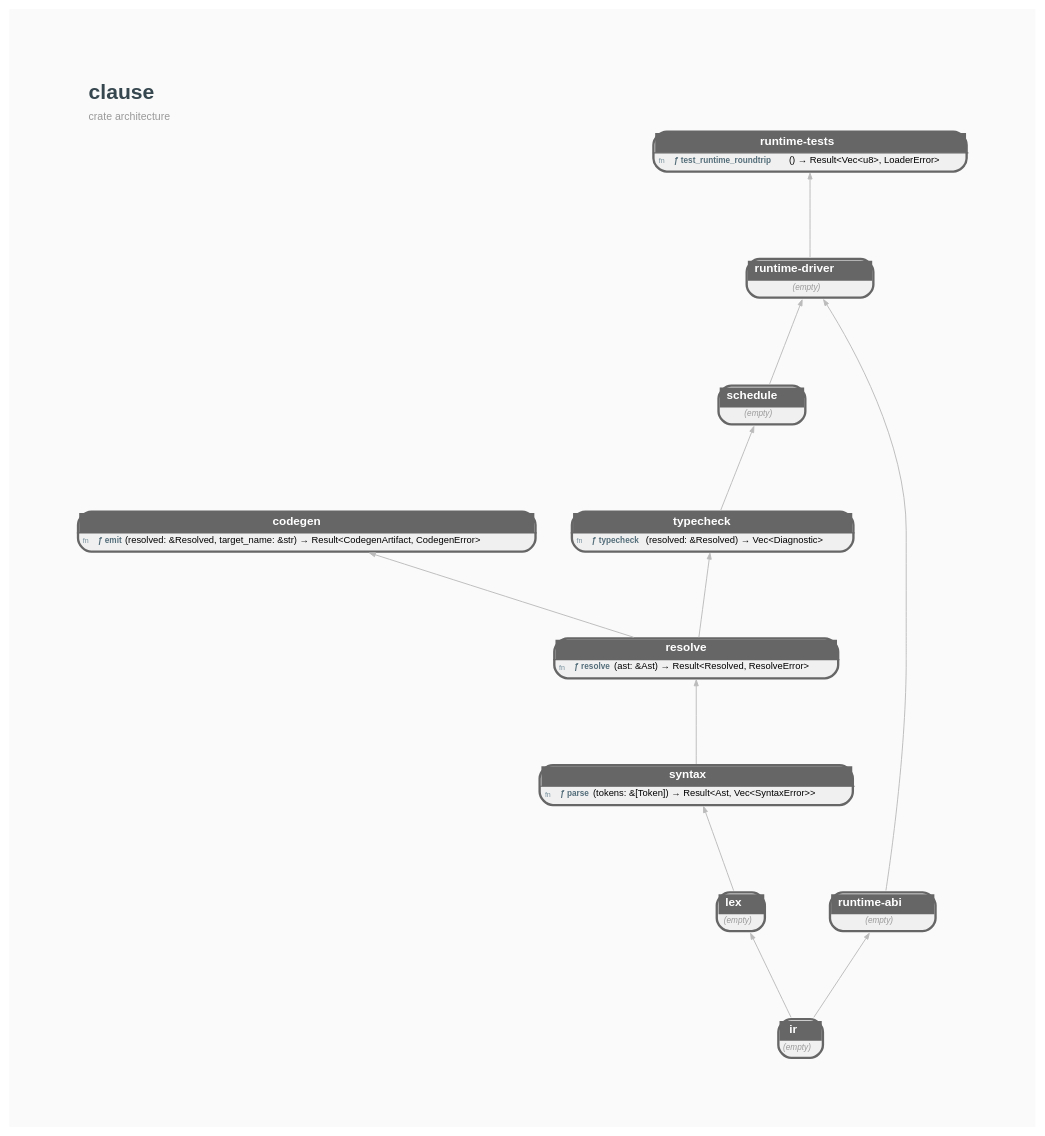
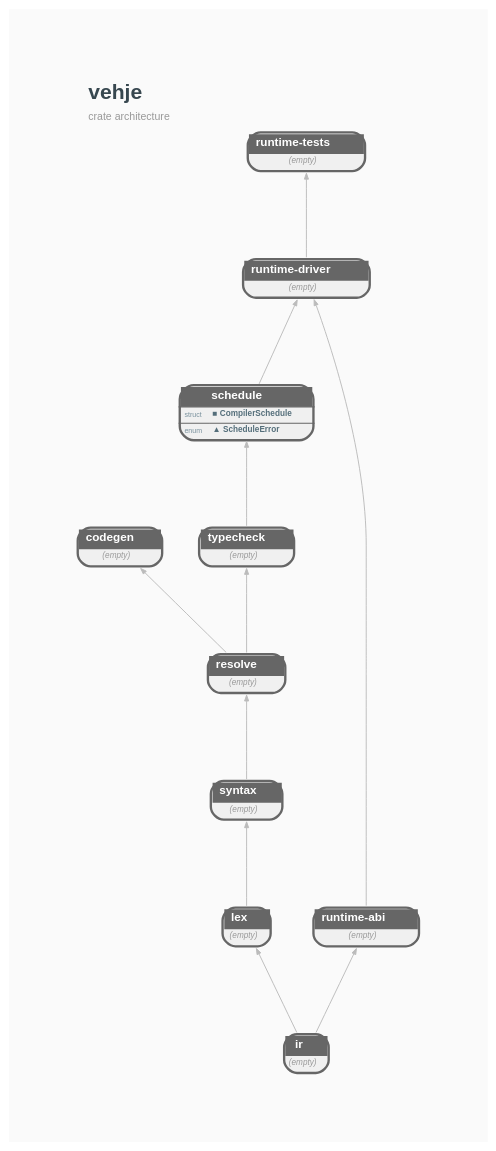
Before and after one commit to orgrinrt/vehje: the diagram in docs/mock_crate_deps.dot, drawn with Graphviz. The commit also changed 26 other files, not shown here.

```diff
--- a/docs/mock_crate_deps.dot
+++ b/docs/mock_crate_deps.dot
@@ -1,53 +1,53 @@
 // AUTO-GENERATED — DO NOT EDIT DIRECTLY
 //
 // Generated by: mockspace (mock)
-// Generated at: 2026-04-20T16:14:10Z
+// Generated at: 2026-04-25T06:55:23Z
 // Source: mock/
 // To regenerate: cargo mock
 
-digraph clause {
+digraph vehje {
     rankdir=BT;
     newrank=true;
     bgcolor="#FAFAFA";
     graph [fontname="Helvetica", fontsize=10, pad=0.8, nodesep=0.4, ranksep=1.0];
     node [fontname="Helvetica", fontsize=8];
     edge [fontname="Helvetica", fontsize=7, color="#BBBBBB", arrowsize=0.5, penwidth=0.8];
 
     labelloc=t;
     labeljust=l;
-    label=<<TABLE BORDER="0" CELLBORDER="0" CELLSPACING="0"><TR><TD ALIGN="LEFT"><FONT POINT-SIZE="18" COLOR="#37474F"><B>clause</B></FONT></TD></TR><TR><TD ALIGN="LEFT"><FONT POINT-SIZE="9" COLOR="#999999">crate architecture</FONT></TD></TR></TABLE>>;
+    label=<<TABLE BORDER="0" CELLBORDER="0" CELLSPACING="0"><TR><TD ALIGN="LEFT"><FONT POINT-SIZE="18" COLOR="#37474F"><B>vehje</B></FONT></TD></TR><TR><TD ALIGN="LEFT"><FONT POINT-SIZE="9" COLOR="#999999">crate architecture</FONT></TD></TR></TABLE>>;
 
-    clause_codegen [shape=none, margin=0, label=<<TABLE BORDER="2" CELLBORDER="0" CELLSPACING="0" CELLPADDING="3" BGCOLOR="#F0F0F0" COLOR="#666666" STYLE="ROUNDED"><TR><TD COLSPAN="2" BGCOLOR="#666666" ALIGN="CENTER"><FONT COLOR="white" POINT-SIZE="10"><B>  codegen  </B></FONT></TD></TR><HR/><TR><TD ALIGN="LEFT"><FONT COLOR="#78909C" POINT-SIZE="6">fn</FONT></TD><TD ALIGN="LEFT" PORT="p_emit"><FONT COLOR="#546E7A" POINT-SIZE="7"><B>ƒ emit</B></FONT>(resolved: &amp;Resolved, target_name: &amp;str) → Result&lt;CodegenArtifact, CodegenError&gt;</TD></TR></TABLE>>];
-    clause_ir [shape=none, margin=0, label=<<TABLE BORDER="2" CELLBORDER="0" CELLSPACING="0" CELLPADDING="3" BGCOLOR="#F0F0F0" COLOR="#666666" STYLE="ROUNDED"><TR><TD COLSPAN="2" BGCOLOR="#666666" ALIGN="CENTER"><FONT COLOR="white" POINT-SIZE="10"><B>  ir  </B></FONT></TD></TR><TR><TD COLSPAN="2"><FONT COLOR="#999999" POINT-SIZE="7"><I>(empty)</I></FONT></TD></TR></TABLE>>];
-    clause_lex [shape=none, margin=0, label=<<TABLE BORDER="2" CELLBORDER="0" CELLSPACING="0" CELLPADDING="3" BGCOLOR="#F0F0F0" COLOR="#666666" STYLE="ROUNDED"><TR><TD COLSPAN="2" BGCOLOR="#666666" ALIGN="CENTER"><FONT COLOR="white" POINT-SIZE="10"><B>  lex  </B></FONT></TD></TR><TR><TD COLSPAN="2"><FONT COLOR="#999999" POINT-SIZE="7"><I>(empty)</I></FONT></TD></TR></TABLE>>];
-    clause_resolve [shape=none, margin=0, label=<<TABLE BORDER="2" CELLBORDER="0" CELLSPACING="0" CELLPADDING="3" BGCOLOR="#F0F0F0" COLOR="#666666" STYLE="ROUNDED"><TR><TD COLSPAN="2" BGCOLOR="#666666" ALIGN="CENTER"><FONT COLOR="white" POINT-SIZE="10"><B>  resolve  </B></FONT></TD></TR><HR/><TR><TD ALIGN="LEFT"><FONT COLOR="#78909C" POINT-SIZE="6">fn</FONT></TD><TD ALIGN="LEFT" PORT="p_resolve"><FONT COLOR="#546E7A" POINT-SIZE="7"><B>ƒ resolve</B></FONT>(ast: &amp;Ast) → Result&lt;Resolved, ResolveError&gt;</TD></TR></TABLE>>];
-    clause_runtime_abi [shape=none, margin=0, label=<<TABLE BORDER="2" CELLBORDER="0" CELLSPACING="0" CELLPADDING="3" BGCOLOR="#F0F0F0" COLOR="#666666" STYLE="ROUNDED"><TR><TD COLSPAN="2" BGCOLOR="#666666" ALIGN="CENTER"><FONT COLOR="white" POINT-SIZE="10"><B>  runtime-abi  </B></FONT></TD></TR><TR><TD COLSPAN="2"><FONT COLOR="#999999" POINT-SIZE="7"><I>(empty)</I></FONT></TD></TR></TABLE>>];
-    clause_runtime_driver [shape=none, margin=0, label=<<TABLE BORDER="2" CELLBORDER="0" CELLSPACING="0" CELLPADDING="3" BGCOLOR="#F0F0F0" COLOR="#666666" STYLE="ROUNDED"><TR><TD COLSPAN="2" BGCOLOR="#666666" ALIGN="CENTER"><FONT COLOR="white" POINT-SIZE="10"><B>  runtime-driver  </B></FONT></TD></TR><TR><TD COLSPAN="2"><FONT COLOR="#999999" POINT-SIZE="7"><I>(empty)</I></FONT></TD></TR></TABLE>>];
-    clause_runtime_tests [shape=none, margin=0, label=<<TABLE BORDER="2" CELLBORDER="0" CELLSPACING="0" CELLPADDING="3" BGCOLOR="#F0F0F0" COLOR="#666666" STYLE="ROUNDED"><TR><TD COLSPAN="2" BGCOLOR="#666666" ALIGN="CENTER"><FONT COLOR="white" POINT-SIZE="10"><B>  runtime-tests  </B></FONT></TD></TR><HR/><TR><TD ALIGN="LEFT"><FONT COLOR="#78909C" POINT-SIZE="6">fn</FONT></TD><TD ALIGN="LEFT" PORT="p_test_runtime_roundtrip"><FONT COLOR="#546E7A" POINT-SIZE="7"><B>ƒ test_runtime_roundtrip</B></FONT>() → Result&lt;Vec&lt;u8&gt;, LoaderError&gt;</TD></TR></TABLE>>];
-    clause_schedule [shape=none, margin=0, label=<<TABLE BORDER="2" CELLBORDER="0" CELLSPACING="0" CELLPADDING="3" BGCOLOR="#F0F0F0" COLOR="#666666" STYLE="ROUNDED"><TR><TD COLSPAN="2" BGCOLOR="#666666" ALIGN="CENTER"><FONT COLOR="white" POINT-SIZE="10"><B>  schedule  </B></FONT></TD></TR><TR><TD COLSPAN="2"><FONT COLOR="#999999" POINT-SIZE="7"><I>(empty)</I></FONT></TD></TR></TABLE>>];
-    clause_syntax [shape=none, margin=0, label=<<TABLE BORDER="2" CELLBORDER="0" CELLSPACING="0" CELLPADDING="3" BGCOLOR="#F0F0F0" COLOR="#666666" STYLE="ROUNDED"><TR><TD COLSPAN="2" BGCOLOR="#666666" ALIGN="CENTER"><FONT COLOR="white" POINT-SIZE="10"><B>  syntax  </B></FONT></TD></TR><HR/><TR><TD ALIGN="LEFT"><FONT COLOR="#78909C" POINT-SIZE="6">fn</FONT></TD><TD ALIGN="LEFT" PORT="p_parse"><FONT COLOR="#546E7A" POINT-SIZE="7"><B>ƒ parse</B></FONT>(tokens: &amp;[Token]) → Result&lt;Ast, Vec&lt;SyntaxError&gt;&gt;</TD></TR></TABLE>>];
-    clause_typecheck [shape=none, margin=0, label=<<TABLE BORDER="2" CELLBORDER="0" CELLSPACING="0" CELLPADDING="3" BGCOLOR="#F0F0F0" COLOR="#666666" STYLE="ROUNDED"><TR><TD COLSPAN="2" BGCOLOR="#666666" ALIGN="CENTER"><FONT COLOR="white" POINT-SIZE="10"><B>  typecheck  </B></FONT></TD></TR><HR/><TR><TD ALIGN="LEFT"><FONT COLOR="#78909C" POINT-SIZE="6">fn</FONT></TD><TD ALIGN="LEFT" PORT="p_typecheck"><FONT COLOR="#546E7A" POINT-SIZE="7"><B>ƒ typecheck</B></FONT>(resolved: &amp;Resolved) → Vec&lt;Diagnostic&gt;</TD></TR></TABLE>>];
+    vehje_codegen [shape=none, margin=0, label=<<TABLE BORDER="2" CELLBORDER="0" CELLSPACING="0" CELLPADDING="3" BGCOLOR="#F0F0F0" COLOR="#666666" STYLE="ROUNDED"><TR><TD COLSPAN="2" BGCOLOR="#666666" ALIGN="CENTER"><FONT COLOR="white" POINT-SIZE="10"><B>  codegen  </B></FONT></TD></TR><TR><TD COLSPAN="2"><FONT COLOR="#999999" POINT-SIZE="7"><I>(empty)</I></FONT></TD></TR></TABLE>>];
+    vehje_ir [shape=none, margin=0, label=<<TABLE BORDER="2" CELLBORDER="0" CELLSPACING="0" CELLPADDING="3" BGCOLOR="#F0F0F0" COLOR="#666666" STYLE="ROUNDED"><TR><TD COLSPAN="2" BGCOLOR="#666666" ALIGN="CENTER"><FONT COLOR="white" POINT-SIZE="10"><B>  ir  </B></FONT></TD></TR><TR><TD COLSPAN="2"><FONT COLOR="#999999" POINT-SIZE="7"><I>(empty)</I></FONT></TD></TR></TABLE>>];
+    vehje_lex [shape=none, margin=0, label=<<TABLE BORDER="2" CELLBORDER="0" CELLSPACING="0" CELLPADDING="3" BGCOLOR="#F0F0F0" COLOR="#666666" STYLE="ROUNDED"><TR><TD COLSPAN="2" BGCOLOR="#666666" ALIGN="CENTER"><FONT COLOR="white" POINT-SIZE="10"><B>  lex  </B></FONT></TD></TR><TR><TD COLSPAN="2"><FONT COLOR="#999999" POINT-SIZE="7"><I>(empty)</I></FONT></TD></TR></TABLE>>];
+    vehje_resolve [shape=none, margin=0, label=<<TABLE BORDER="2" CELLBORDER="0" CELLSPACING="0" CELLPADDING="3" BGCOLOR="#F0F0F0" COLOR="#666666" STYLE="ROUNDED"><TR><TD COLSPAN="2" BGCOLOR="#666666" ALIGN="CENTER"><FONT COLOR="white" POINT-SIZE="10"><B>  resolve  </B></FONT></TD></TR><TR><TD COLSPAN="2"><FONT COLOR="#999999" POINT-SIZE="7"><I>(empty)</I></FONT></TD></TR></TABLE>>];
+    vehje_runtime_abi [shape=none, margin=0, label=<<TABLE BORDER="2" CELLBORDER="0" CELLSPACING="0" CELLPADDING="3" BGCOLOR="#F0F0F0" COLOR="#666666" STYLE="ROUNDED"><TR><TD COLSPAN="2" BGCOLOR="#666666" ALIGN="CENTER"><FONT COLOR="white" POINT-SIZE="10"><B>  runtime-abi  </B></FONT></TD></TR><TR><TD COLSPAN="2"><FONT COLOR="#999999" POINT-SIZE="7"><I>(empty)</I></FONT></TD></TR></TABLE>>];
+    vehje_runtime_driver [shape=none, margin=0, label=<<TABLE BORDER="2" CELLBORDER="0" CELLSPACING="0" CELLPADDING="3" BGCOLOR="#F0F0F0" COLOR="#666666" STYLE="ROUNDED"><TR><TD COLSPAN="2" BGCOLOR="#666666" ALIGN="CENTER"><FONT COLOR="white" POINT-SIZE="10"><B>  runtime-driver  </B></FONT></TD></TR><TR><TD COLSPAN="2"><FONT COLOR="#999999" POINT-SIZE="7"><I>(empty)</I></FONT></TD></TR></TABLE>>];
+    vehje_runtime_tests [shape=none, margin=0, label=<<TABLE BORDER="2" CELLBORDER="0" CELLSPACING="0" CELLPADDING="3" BGCOLOR="#F0F0F0" COLOR="#666666" STYLE="ROUNDED"><TR><TD COLSPAN="2" BGCOLOR="#666666" ALIGN="CENTER"><FONT COLOR="white" POINT-SIZE="10"><B>  runtime-tests  </B></FONT></TD></TR><TR><TD COLSPAN="2"><FONT COLOR="#999999" POINT-SIZE="7"><I>(empty)</I></FONT></TD></TR></TABLE>>];
+    vehje_schedule [shape=none, margin=0, label=<<TABLE BORDER="2" CELLBORDER="0" CELLSPACING="0" CELLPADDING="3" BGCOLOR="#F0F0F0" COLOR="#666666" STYLE="ROUNDED"><TR><TD COLSPAN="2" BGCOLOR="#666666" ALIGN="CENTER"><FONT COLOR="white" POINT-SIZE="10"><B>  schedule  </B></FONT></TD></TR><HR/><TR><TD ALIGN="LEFT"><FONT COLOR="#78909C" POINT-SIZE="6">struct</FONT></TD><TD ALIGN="LEFT" PORT="p_CompilerSchedule"><FONT COLOR="#546E7A" POINT-SIZE="7"><B>■ CompilerSchedule</B></FONT></TD></TR><HR/><TR><TD ALIGN="LEFT"><FONT COLOR="#78909C" POINT-SIZE="6">enum</FONT></TD><TD ALIGN="LEFT" PORT="p_ScheduleError"><FONT COLOR="#546E7A" POINT-SIZE="7"><B>▲ ScheduleError</B></FONT></TD></TR></TABLE>>];
+    vehje_syntax [shape=none, margin=0, label=<<TABLE BORDER="2" CELLBORDER="0" CELLSPACING="0" CELLPADDING="3" BGCOLOR="#F0F0F0" COLOR="#666666" STYLE="ROUNDED"><TR><TD COLSPAN="2" BGCOLOR="#666666" ALIGN="CENTER"><FONT COLOR="white" POINT-SIZE="10"><B>  syntax  </B></FONT></TD></TR><TR><TD COLSPAN="2"><FONT COLOR="#999999" POINT-SIZE="7"><I>(empty)</I></FONT></TD></TR></TABLE>>];
+    vehje_typecheck [shape=none, margin=0, label=<<TABLE BORDER="2" CELLBORDER="0" CELLSPACING="0" CELLPADDING="3" BGCOLOR="#F0F0F0" COLOR="#666666" STYLE="ROUNDED"><TR><TD COLSPAN="2" BGCOLOR="#666666" ALIGN="CENTER"><FONT COLOR="white" POINT-SIZE="10"><B>  typecheck  </B></FONT></TD></TR><TR><TD COLSPAN="2"><FONT COLOR="#999999" POINT-SIZE="7"><I>(empty)</I></FONT></TD></TR></TABLE>>];
 
-    { rank=same; clause_ir; } // depth 0
-    { rank=same; clause_lex; clause_runtime_abi; } // depth 1
-    { rank=same; clause_syntax; } // depth 2
-    { rank=same; clause_resolve; } // depth 3
-    { rank=same; clause_codegen; clause_typecheck; } // depth 4
-    { rank=same; clause_schedule; } // depth 5
-    { rank=same; clause_runtime_driver; } // depth 6
-    { rank=same; clause_runtime_tests; } // depth 7
+    { rank=same; vehje_ir; } // depth 0
+    { rank=same; vehje_lex; vehje_runtime_abi; } // depth 1
+    { rank=same; vehje_syntax; } // depth 2
+    { rank=same; vehje_resolve; } // depth 3
+    { rank=same; vehje_codegen; vehje_typecheck; } // depth 4
+    { rank=same; vehje_schedule; } // depth 5
+    { rank=same; vehje_runtime_driver; } // depth 6
+    { rank=same; vehje_runtime_tests; } // depth 7
 
 
     // Dependency edges (transitively reduced)
-    clause_resolve -> clause_codegen;
-    clause_ir -> clause_lex;
-    clause_syntax -> clause_resolve;
-    clause_ir -> clause_runtime_abi;
-    clause_runtime_abi -> clause_runtime_driver;
-    clause_schedule -> clause_runtime_driver;
-    clause_runtime_driver -> clause_runtime_tests;
-    clause_typecheck -> clause_schedule;
-    clause_lex -> clause_syntax;
-    clause_resolve -> clause_typecheck;
+    vehje_resolve -> vehje_codegen;
+    vehje_ir -> vehje_lex;
+    vehje_syntax -> vehje_resolve;
+    vehje_ir -> vehje_runtime_abi;
+    vehje_runtime_abi -> vehje_runtime_driver;
+    vehje_schedule -> vehje_runtime_driver;
+    vehje_runtime_driver -> vehje_runtime_tests;
+    vehje_typecheck -> vehje_schedule;
+    vehje_lex -> vehje_syntax;
+    vehje_resolve -> vehje_typecheck;
 
 }
```
